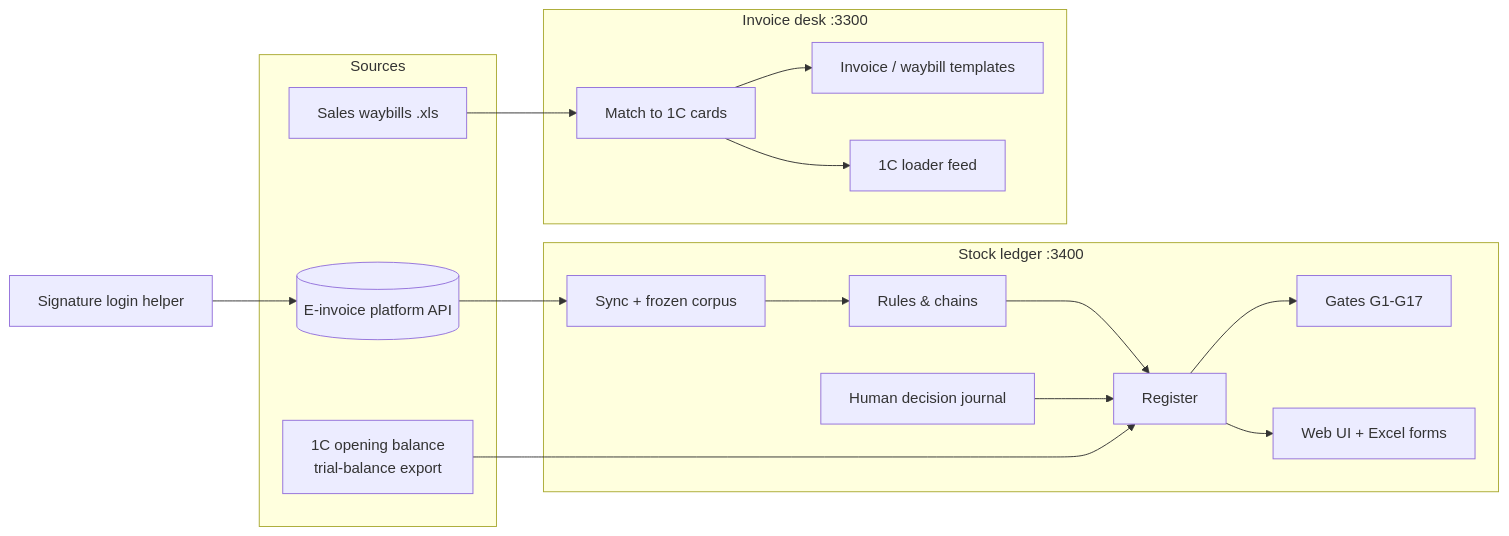
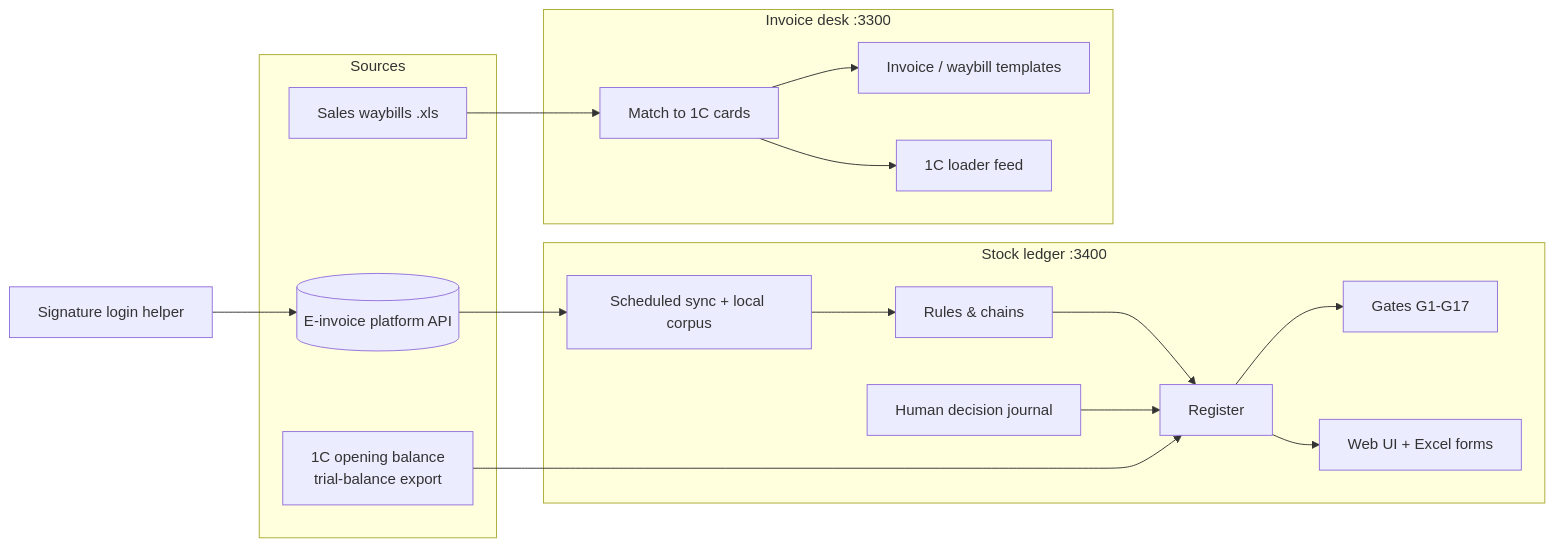
Before and after one commit to EAeaza/einvoice-stock-ledger: the first of 2 diagrams in README.md, drawn with Mermaid. The commit also changed other lines of this file and 3 other files, not shown here.

````diff
--- a/README.md
+++ b/README.md
@@ -38,23 +41,23 @@
 ```mermaid
 flowchart LR
   subgraph Sources
     D[("E-invoice platform API")]
     O["1C opening balance<br/>trial-balance export"]
     X["Sales waybills .xls"]
   end
   subgraph Ledger["Stock ledger :3400"]
-    S["Sync + frozen corpus"] --> R["Rules & chains"]
+    S["Scheduled sync + local corpus"] --> R["Rules & chains"]
     R --> G["Register"]
     J["Human decision journal"] --> G
     O --> G
     G --> V["Gates G1-G17"]
     G --> UI["Web UI + Excel forms"]
   end
   subgraph Desk["Invoice desk :3300"]
     X --> M["Match to 1C cards"]
     M --> T["Invoice / waybill templates"]
     M --> F["1C loader feed"]
   end
   D --> S
   A["Signature login helper"] --> D
 ```
````
